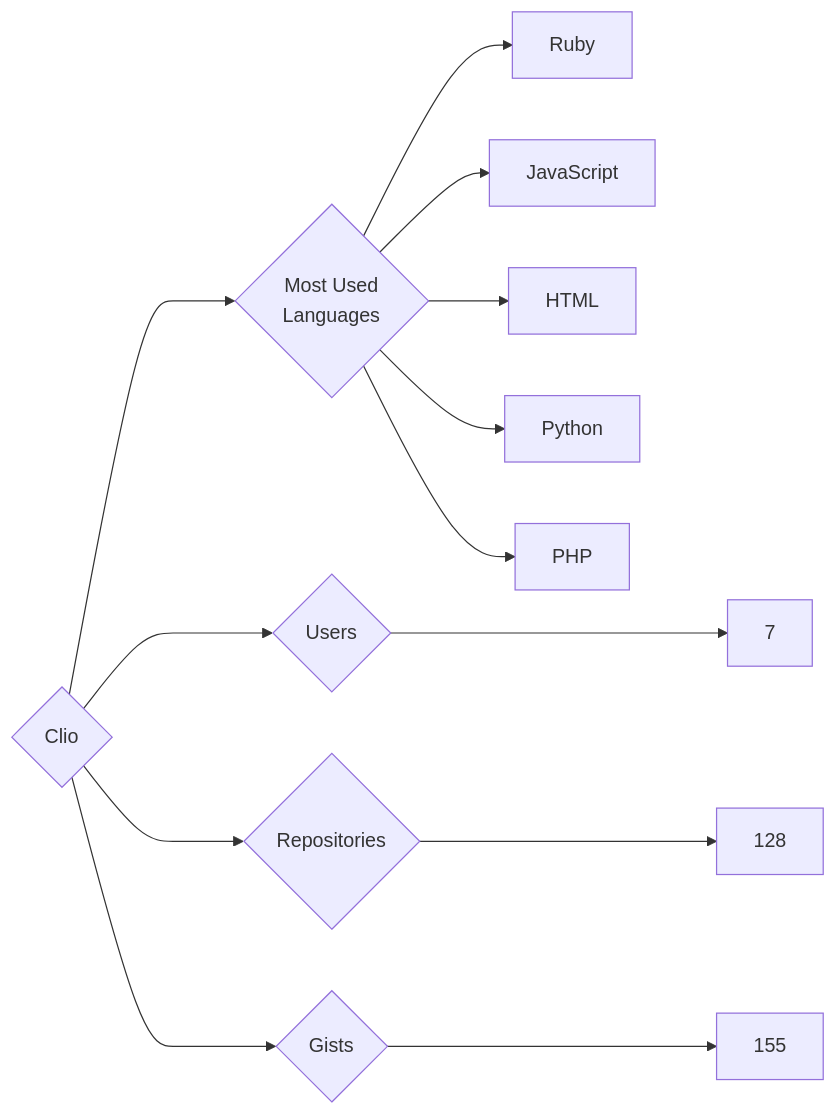
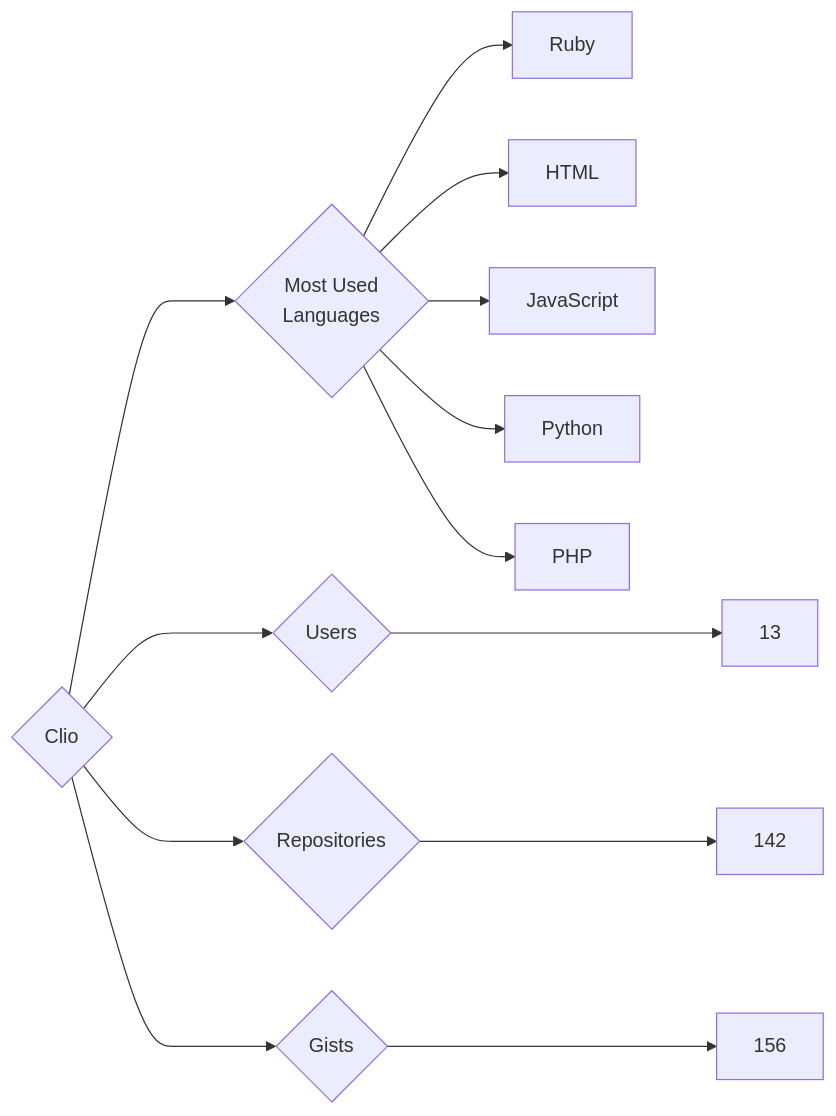
Before and after one commit to trickest/insiders: the diagram in targets/Clio/README.md, drawn with Mermaid. The commit also changed 912 other files, not shown here.

````diff
--- a/targets/Clio/README.md
+++ b/targets/Clio/README.md
@@ -3,13 +3,13 @@
 ```mermaid
 graph LR
 COMPANY_NAME{Clio}
-COMPANY_NAME ---> U{Users} ---> UN[7]
-COMPANY_NAME ---> R{Repositories} ---> RN[128]
-COMPANY_NAME ---> G{Gists} ---> GN[155]
+COMPANY_NAME ---> U{Users} ---> UN[13]
+COMPANY_NAME ---> R{Repositories} ---> RN[142]
+COMPANY_NAME ---> G{Gists} ---> GN[156]
 COMPANY_NAME ---> ML{Most Used<br>Languages}
 ML --> Ruby[Ruby]
+ML --> HTML[HTML]
 ML --> JavaScript[JavaScript]
-ML --> HTML[HTML]
 ML --> Python[Python]
 ML --> PHP[PHP]
 ```
````
